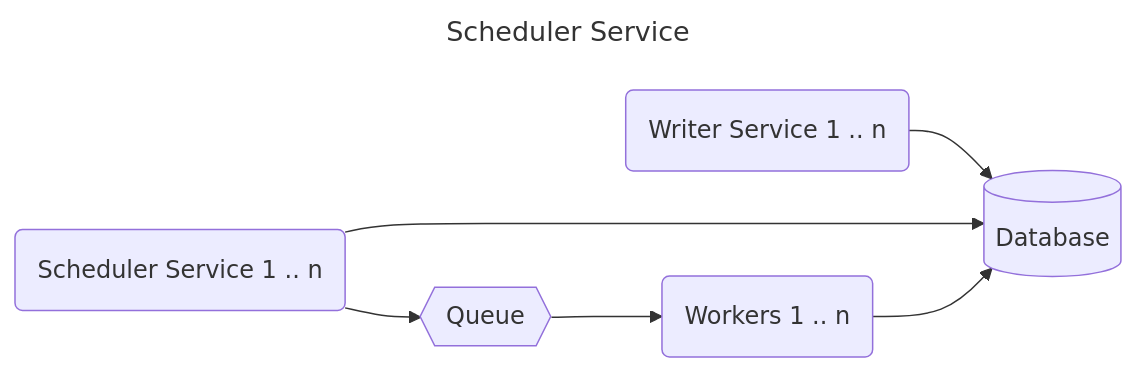
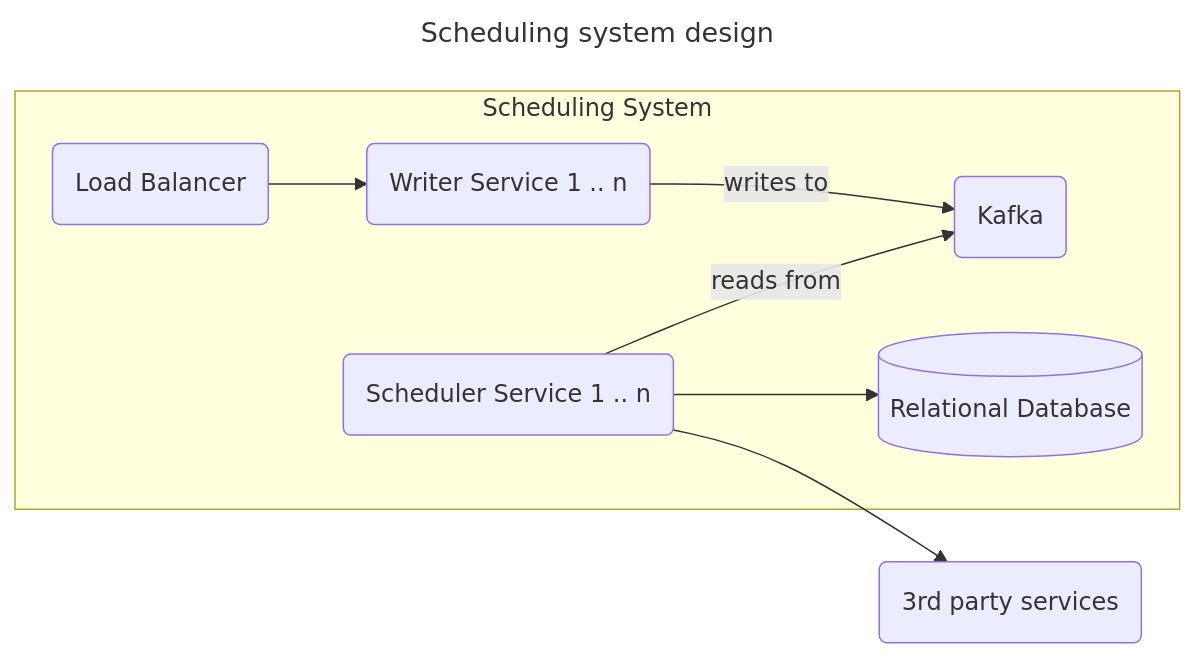
One commit to pkafel/interview-cracker changed the first of 2 diagrams in src/main/java/com/piotrkafel/atlassian/schedulingSystem.md. Above: the diagram before and after it, drawn with Mermaid. The commit also changed other lines of this file, not shown here.

Commit message:
System design for schedulign system

````diff
--- a/src/main/java/com/piotrkafel/atlassian/schedulingSystem.md
+++ b/src/main/java/com/piotrkafel/atlassian/schedulingSystem.md
@@ -12,11 +18,13 @@
 ```mermaid
 ---
-title: Scheduler Service
+title: Scheduling system design
 ---
 flowchart LR
-writer(Writer Service 1 .. n) --> db[(Database)]
-scheduler(Scheduler Service 1 .. n) --> db
-scheduler --> queue{{Queue}}
-queue --> worker(Workers 1 .. n)
-worker --> db
+subgraph Scheduling System
+lb(Load Balancer) --> writers(Writer Service 1 .. n)
+writers -- writes to --> kafka(Kafka)
+schedulers(Scheduler Service 1 .. n) -- reads from --> kafka
+schedulers --> db[(Relational Database)]
+end
+schedulers --> 3rdparty(3rd party services)
 ```
````
